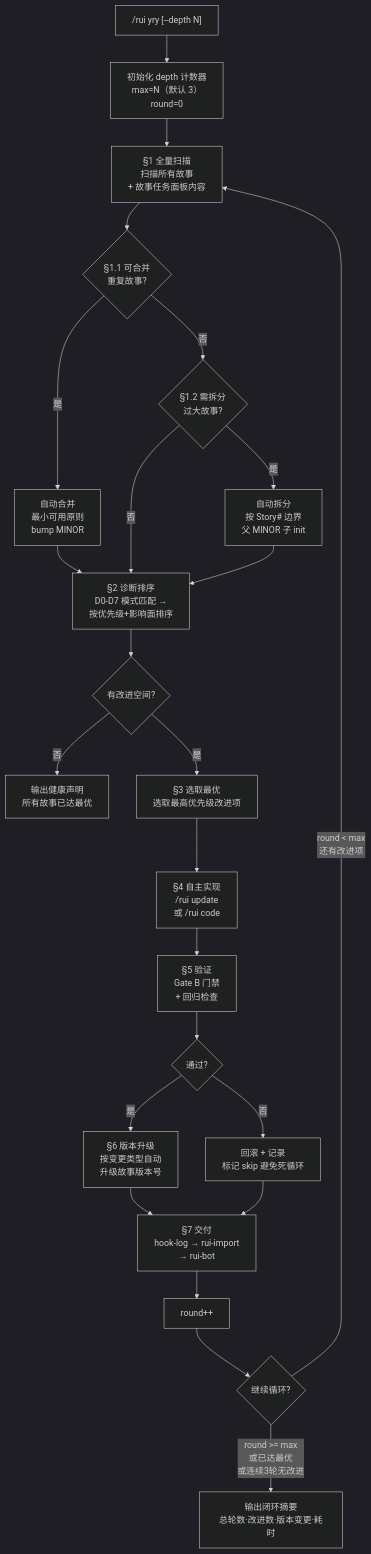
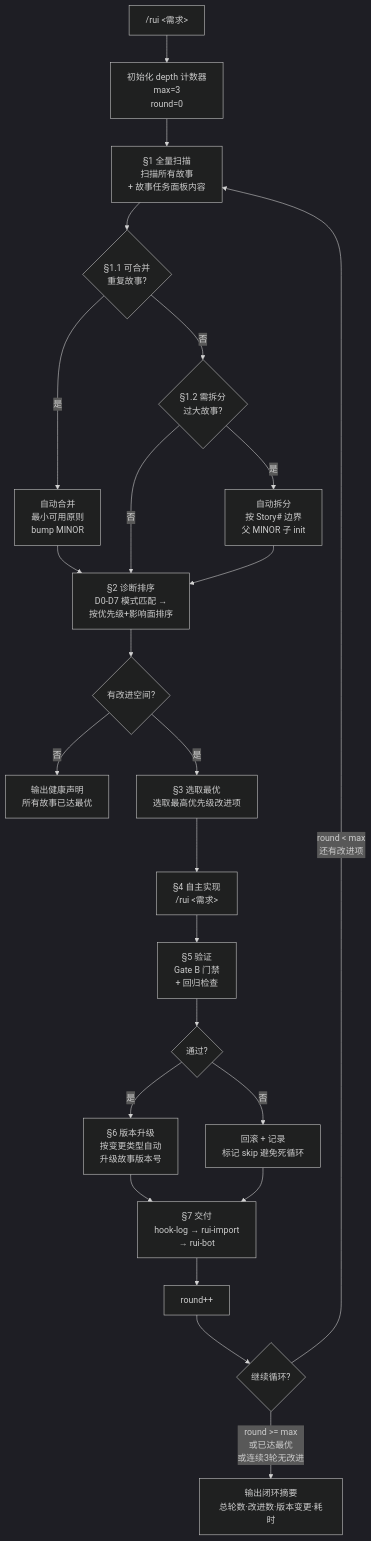
Before and after one commit to effiy/YrY: diagram 13 of 14 in skills/rui/SKILL.md, drawn with Mermaid (dark theme). The commit also changed other lines of this file and 24 other files, not shown here.

````diff
--- a/skills/rui/SKILL.md
+++ b/skills/rui/SKILL.md
@@ -528,27 +454,26 @@
 ```mermaid
 flowchart TD
-    START["/rui yry [--depth N]"]:::entry --> INIT["初始化 depth 计数器<br/>max=N（默认 3）<br/>round=0"]:::s
+    START["/rui <需求>"]:::entry --> INIT["初始化 depth 计数器<br/>max=3<br/>round=0"]:::s
     INIT --> SCAN["§1 全量扫描<br/>扫描所有故事<br/>+ 故事任务面板内容"]:::s
     SCAN --> MERGE_CHECK{"§1.1 可合并<br/>重复故事?"}
     MERGE_CHECK -->|"是"| AUTO_MERGE["自动合并<br/>最小可用原则<br/>bump MINOR"]:::op
     MERGE_CHECK -->|"否"| SPLIT_CHECK{"§1.2 需拆分<br/>过大故事?"}
     SPLIT_CHECK -->|"是"| AUTO_SPLIT["自动拆分<br/>按 Story# 边界<br/>父 MINOR 子 init"]:::op
     AUTO_MERGE --> DIAG
     SPLIT_CHECK -->|"否"| DIAG["§2 诊断排序<br/>D0-D7 模式匹配 →<br/>按优先级+影响面排序"]:::s
     AUTO_SPLIT --> DIAG
     DIAG --> CHECK{"有改进空间?"}
     CHECK -->|"否"| DONE["输出健康声明<br/>所有故事已达最优"]:::out
     CHECK -->|"是"| PICK["§3 选取最优<br/>选取最高优先级改进项"]:::s
-    PICK --> IMPL["§4 自主实现<br/>/rui update <name><br/>或 /rui code <name>"]:::s
+    PICK --> IMPL["§4 自主实现<br/>/rui <需求> <name>"]:::s
     IMPL --> VERIFY["§5 验证<br/>Gate B 门禁<br/>+ 回归检查"]:::s
     VERIFY --> VER{"通过?"}
     VER -->|"是"| BUMP["§6 版本升级<br/>按变更类型自动<br/>升级故事版本号"]:::s
     VER -->|"否"| ROLLBACK["回滚 + 记录<br/>标记 skip 避免死循环"]:::s
     BUMP --> DELIVER["§7 交付<br/>hook-log → rui-import<br/>→ rui-bot"]:::s
     ROLLBACK --> DELIVER
     DELIVER --> INC["round++"]:::s
     INC --> LOOP{"继续循环?"}
     LOOP -->|"round < max<br/>还有改进项"| SCAN
     LOOP -->|"round >= max<br/>或已达最优<br/>或连续3轮无改进"| END["输出闭环摘要<br/>总轮数·改进数·版本变更·耗时"]:::out
-
 ```
````
